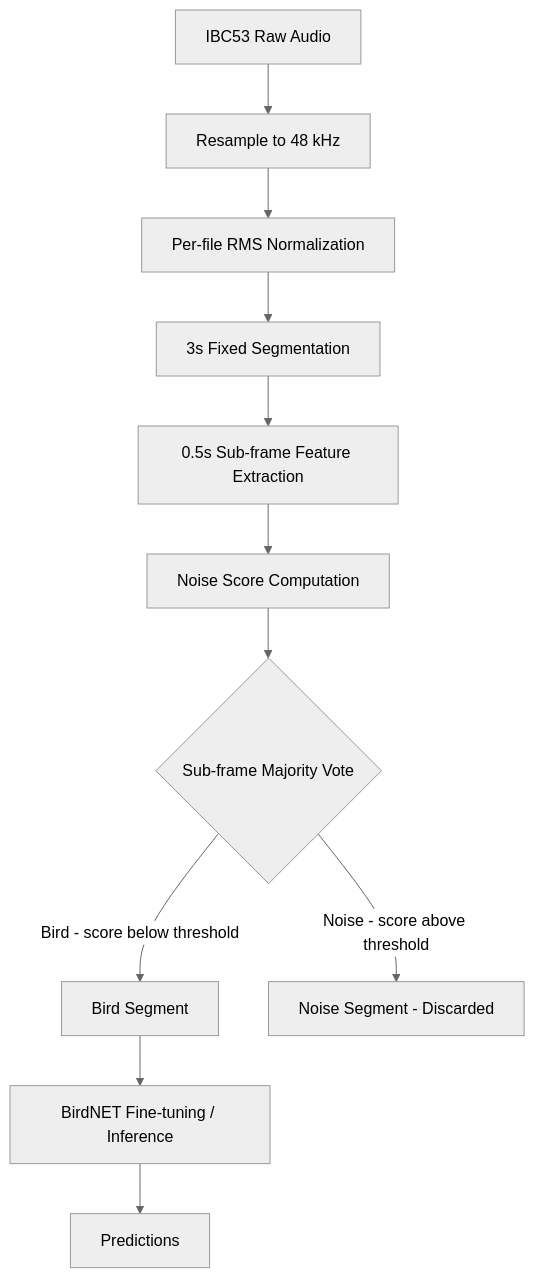
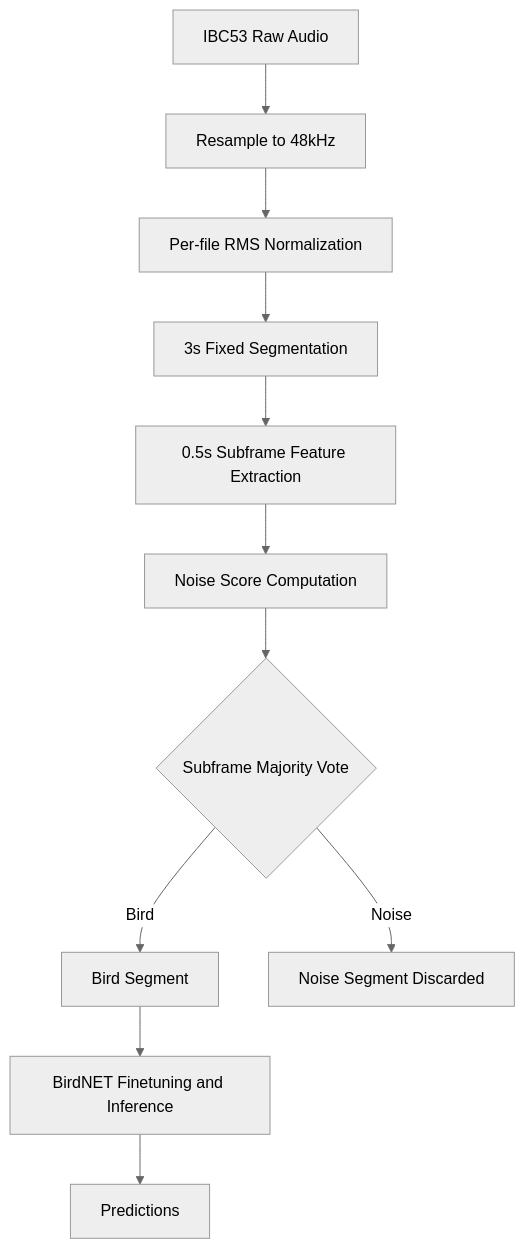
One commit to samarthkolur/Noise-Aware-Pipeline-for-Indian-Bird-Sound-Classification changed the second of 2 diagrams in Readme.md. Above: the diagram before and after it, drawn with Mermaid (neutral theme). The commit also changed other lines of this file, not shown here.

Commit message:
Fix mermaid diagrams: quote node labels containing special characters

````diff
--- a/Readme.md
+++ b/Readme.md
@@ -77,13 +77,13 @@
 ```mermaid
 flowchart TD
-    A[IBC53 Raw Audio] --> B[Resample to 48 kHz]
-    B --> C[Per-file RMS Normalization]
-    C --> D[3s Fixed Segmentation]
-    D --> E[0.5s Sub-frame Feature Extraction]
-    E --> F[Noise Score Computation]
-    F --> G{Sub-frame Majority Vote}
-    G -->|Bird - score below threshold| H[Bird Segment]
-    G -->|Noise - score above threshold| I[Noise Segment - Discarded]
-    H --> J[BirdNET Fine-tuning / Inference]
-    J --> K[Predictions]
+    A["IBC53 Raw Audio"] --> B["Resample to 48kHz"]
+    B --> C["Per-file RMS Normalization"]
+    C --> D["3s Fixed Segmentation"]
+    D --> E["0.5s Subframe Feature Extraction"]
+    E --> F["Noise Score Computation"]
+    F --> G{"Subframe Majority Vote"}
+    G -->|"Bird"| H["Bird Segment"]
+    G -->|"Noise"| I["Noise Segment Discarded"]
+    H --> J["BirdNET Finetuning and Inference"]
+    J --> K["Predictions"]
 ```
````
